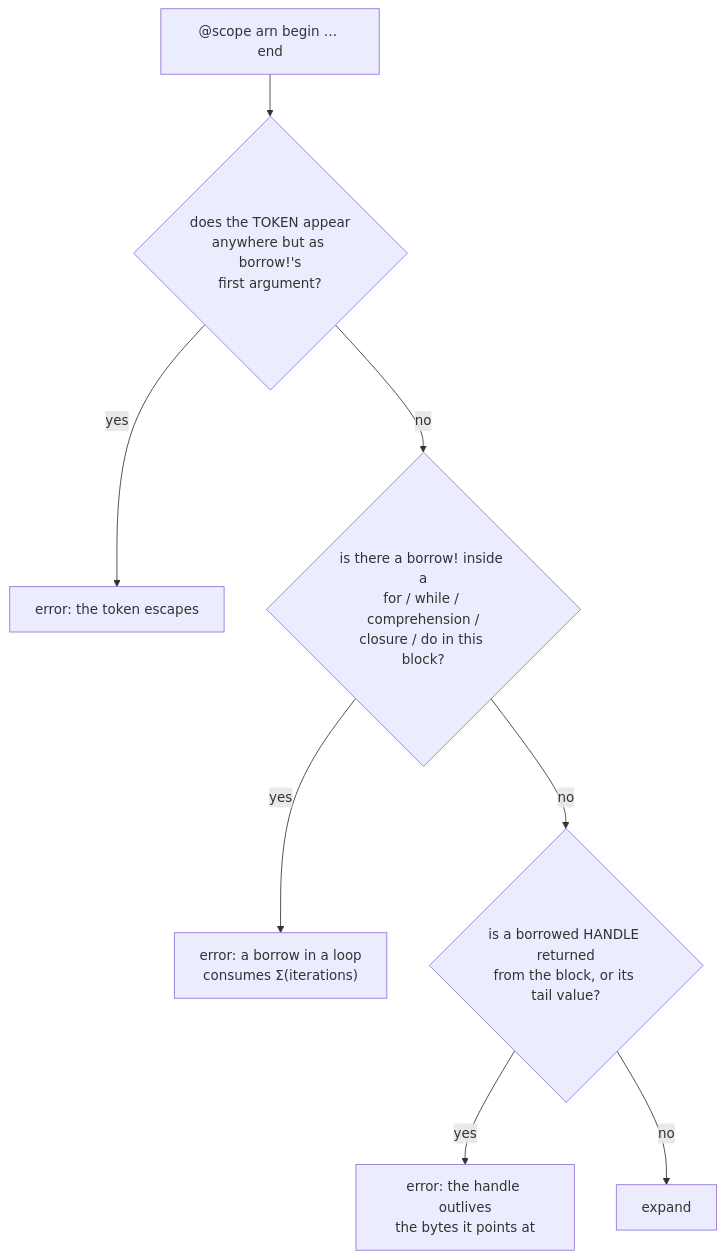
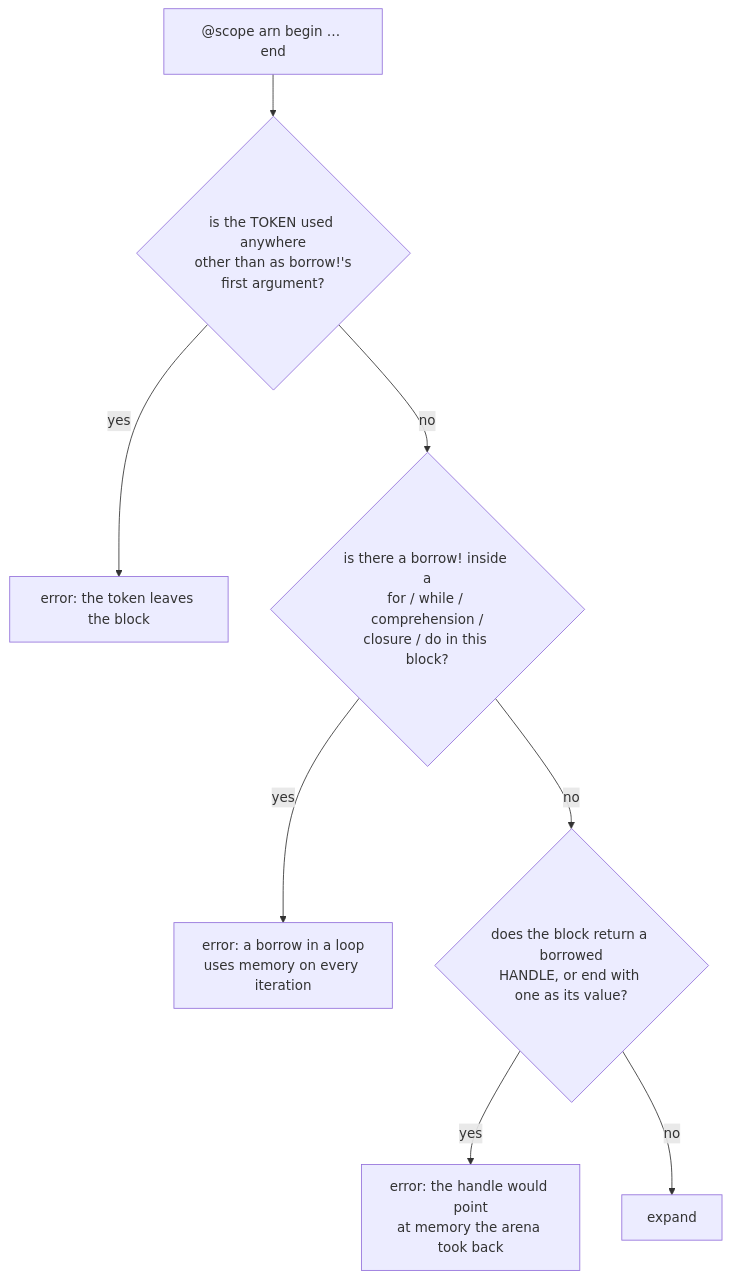
One commit to el-oso/PureBLAS.jl changed the third of 4 diagrams in docs/src/arena.md. Above: the diagram before and after it, drawn with Mermaid. The commit also changed other lines of this file, not shown here.

First line of the commit message:
docs: rewrite the scratch arena page to describe only what the arena is

````diff
--- a/docs/src/arena.md
+++ b/docs/src/arena.md
@@ -86,10 +80,10 @@
 ```mermaid
 flowchart TD
-    M["@scope arn begin … end"] --> R1{"does the TOKEN appear<br/>anywhere but as borrow!'s<br/>first argument?"}
-    R1 -- yes --> E1["error: the token escapes"]
+    M["@scope arn begin … end"] --> R1{"is the TOKEN used anywhere<br/>other than as borrow!'s<br/>first argument?"}
+    R1 -- yes --> E1["error: the token leaves the block"]
     R1 -- no --> R2{"is there a borrow! inside a<br/>for / while / comprehension /<br/>closure / do in this block?"}
-    R2 -- yes --> E2["error: a borrow in a loop<br/>consumes Σ(iterations)"]
-    R2 -- no --> R3{"is a borrowed HANDLE returned<br/>from the block, or its tail value?"}
-    R3 -- yes --> E3["error: the handle outlives<br/>the bytes it points at"]
+    R2 -- yes --> E2["error: a borrow in a loop<br/>uses memory on every iteration"]
+    R2 -- no --> R3{"does the block return a borrowed<br/>HANDLE, or end with one as its value?"}
+    R3 -- yes --> E3["error: the handle would point<br/>at memory the arena took back"]
     R3 -- no --> OK["expand"]
 ```
````
